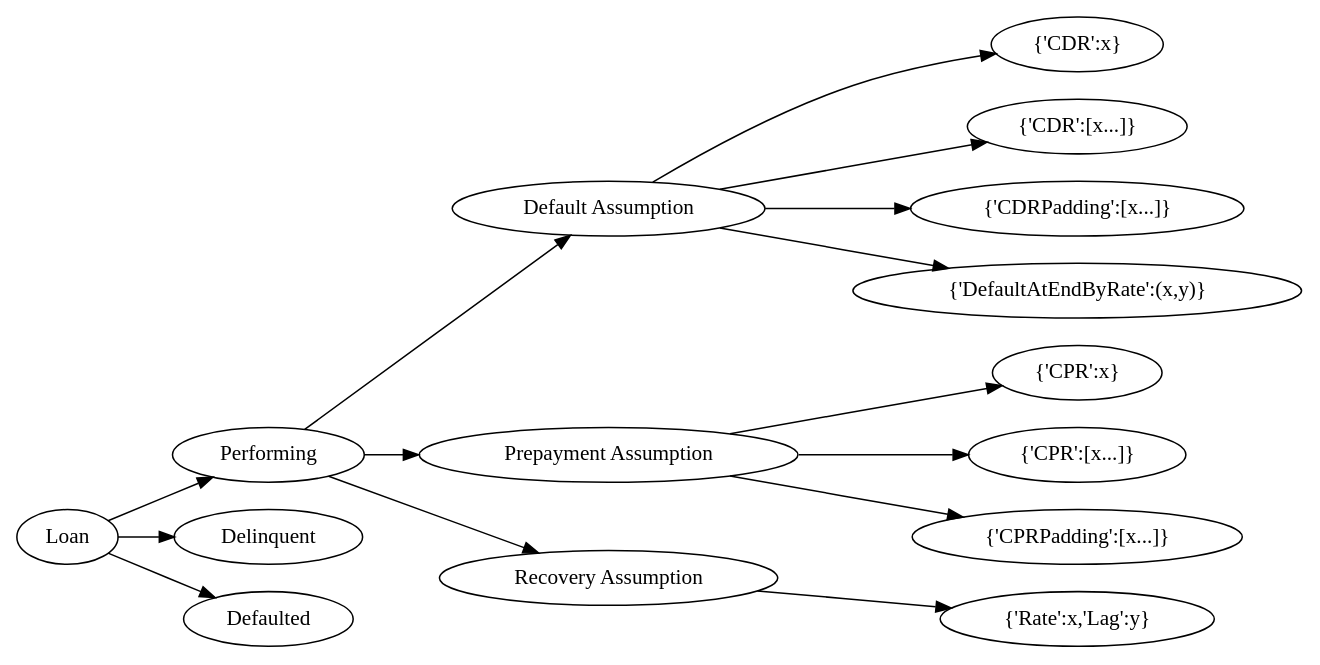
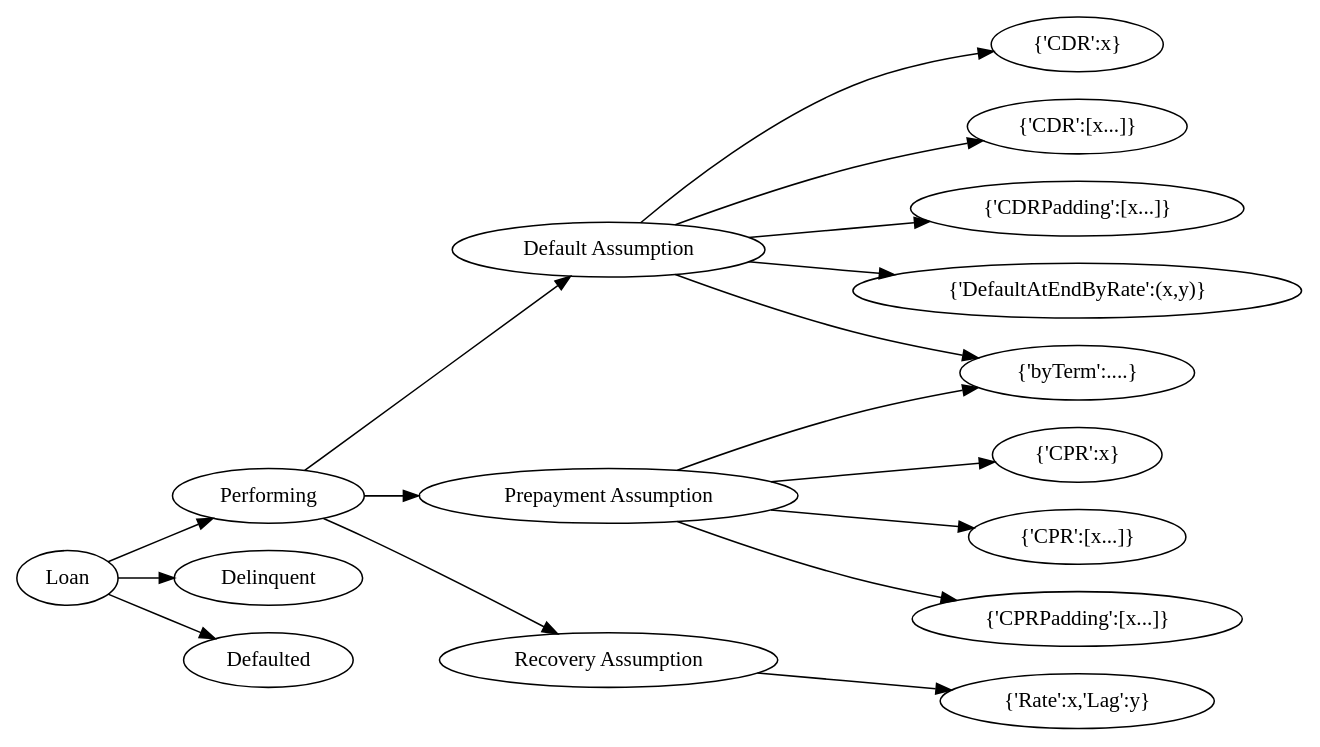
Before and after one commit to yellowbean/AbsBox: the third of 11 diagrams in docs/source/analytics.rst, drawn with Graphviz. The commit also changed other lines of this file and 37 other files, not shown here.

```diff
--- a/docs/source/analytics.rst
+++ b/docs/source/analytics.rst
@@ -222,23 +236,25 @@
 .. graphviz::
     :name: sphinx.ext.graphviz
     :caption: loan-assumption
     :alt: loan-assumption
     :align: center
     
     digraph {
         rankdir = LR
         Loan -> Performing
         Loan -> Delinquent
         Loan -> Defaulted
         Performing -> "Default Assumption"
         Performing -> "Prepayment Assumption"
         Performing -> "Recovery Assumption"
         "Prepayment Assumption" -> "{'CPR':x}"
         "Prepayment Assumption" -> "{'CPR':[x...]}"
         "Prepayment Assumption" -> "{'CPRPadding':[x...]}"
+        "Prepayment Assumption" -> "{'byTerm':....}"
         "Default Assumption" -> "{'CDR':x}"
         "Default Assumption" -> "{'CDR':[x...]}"
         "Default Assumption" -> "{'CDRPadding':[x...]}"
         "Default Assumption" -> "{'DefaultAtEndByRate':(x,y)}"
+        "Default Assumption" -> "{'byTerm':....}"
         "Recovery Assumption" -> "{'Rate':x,'Lag':y}"
     }
```
